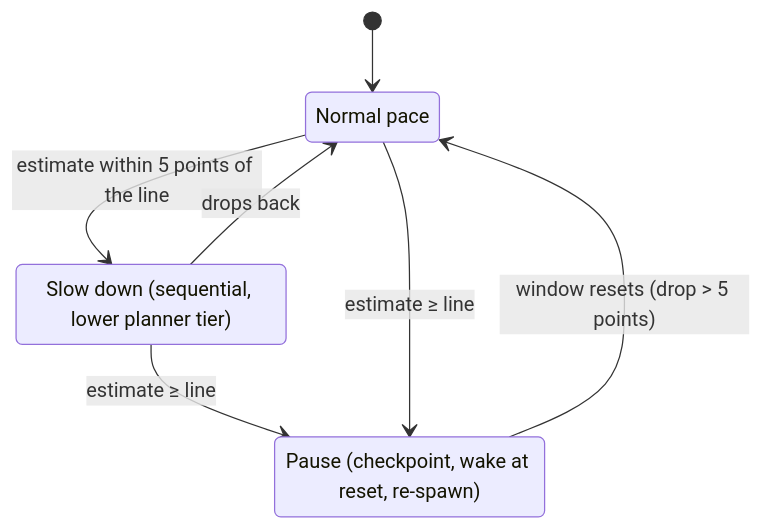
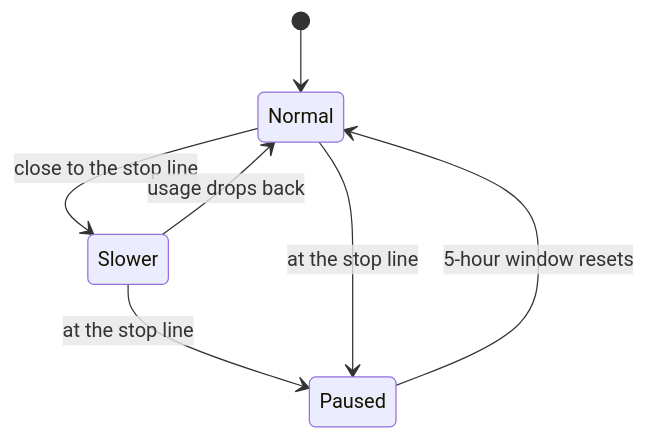
The third of 3 diagrams in README.md (ijat/orch), drawn with Mermaid before and after one commit. The commit also changed other lines of this file, not shown here.

````diff
--- a/README.md
+++ b/README.md
@@ -247,12 +154,9 @@
 ```mermaid
 stateDiagram-v2
     [*] --> Normal
-    Normal --> Warn: estimate within 5 points of the line
-    Warn --> Normal: drops back
-    Warn --> Paused: estimate ≥ line
-    Normal --> Paused: estimate ≥ line
-    Paused --> Normal: window resets (drop > 5 points)
-    Normal: Normal pace
-    Warn: Slow down (sequential, lower planner tier)
-    Paused: Pause (checkpoint, wake at reset, re-spawn)
+    Normal --> Slower: close to the stop line
+    Slower --> Normal: usage drops back
+    Slower --> Paused: at the stop line
+    Normal --> Paused: at the stop line
+    Paused --> Normal: 5-hour window resets
 ```
````
